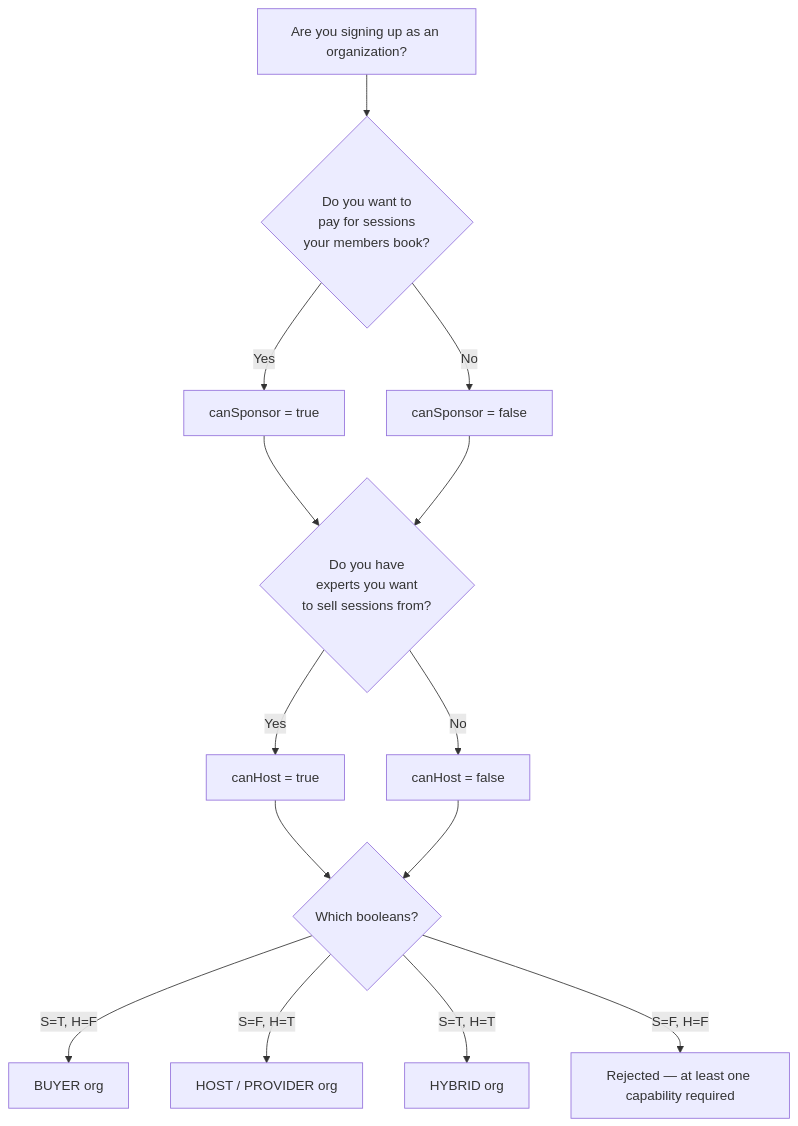
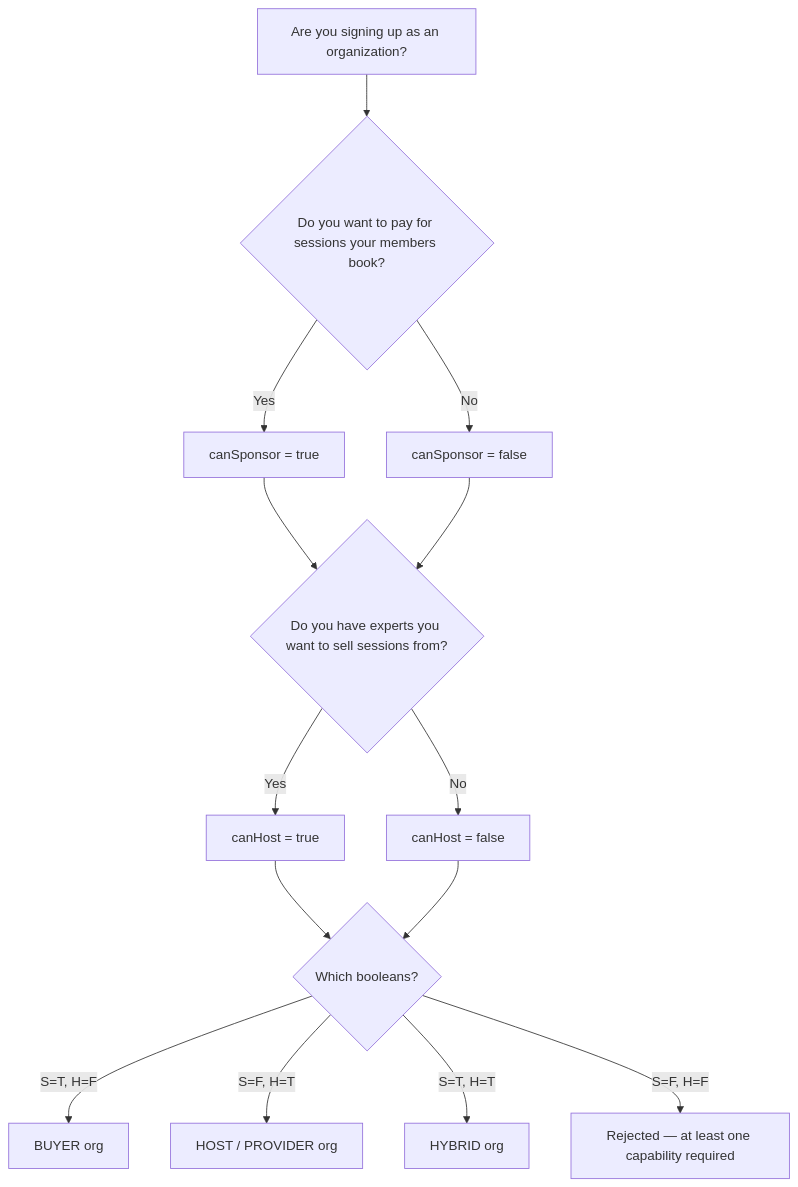
One commit to Practitionist/familiarise_web changed the second of 24 diagrams in docs/enterprise/enterprise-complete-guide.md. Above: the diagram before and after it, drawn with Mermaid. The commit also changed other lines of this file, not shown here.

First line of the commit message:
fix(enterprise): remove br/ from flowchart node labels

````diff
--- a/docs/enterprise/enterprise-complete-guide.md
+++ b/docs/enterprise/enterprise-complete-guide.md
@@ -211,16 +211,16 @@
 ```mermaid
 flowchart TD
-    Start[Are you signing up as an organization?] --> Q1{Do you want to<br/>pay for sessions<br/>your members book?}
+    Start[Are you signing up as an organization?] --> Q1{Do you want to pay for sessions your members book?}
     Q1 -->|Yes| S1[canSponsor = true]
     Q1 -->|No| S2[canSponsor = false]
-    S1 --> Q2{Do you have<br/>experts you want<br/>to sell sessions from?}
+    S1 --> Q2{Do you have experts you want to sell sessions from?}
     S2 --> Q2
     Q2 -->|Yes| H1[canHost = true]
     Q2 -->|No| H2[canHost = false]
     H1 --> Classify1{Which booleans?}
     H2 --> Classify1
     Classify1 -->|S=T, H=F| BUYER[BUYER org]
     Classify1 -->|S=F, H=T| HOST[HOST / PROVIDER org]
     Classify1 -->|S=T, H=T| HYBRID[HYBRID org]
     Classify1 -->|S=F, H=F| INVALID[Rejected — at least one capability required]
 ```
````
